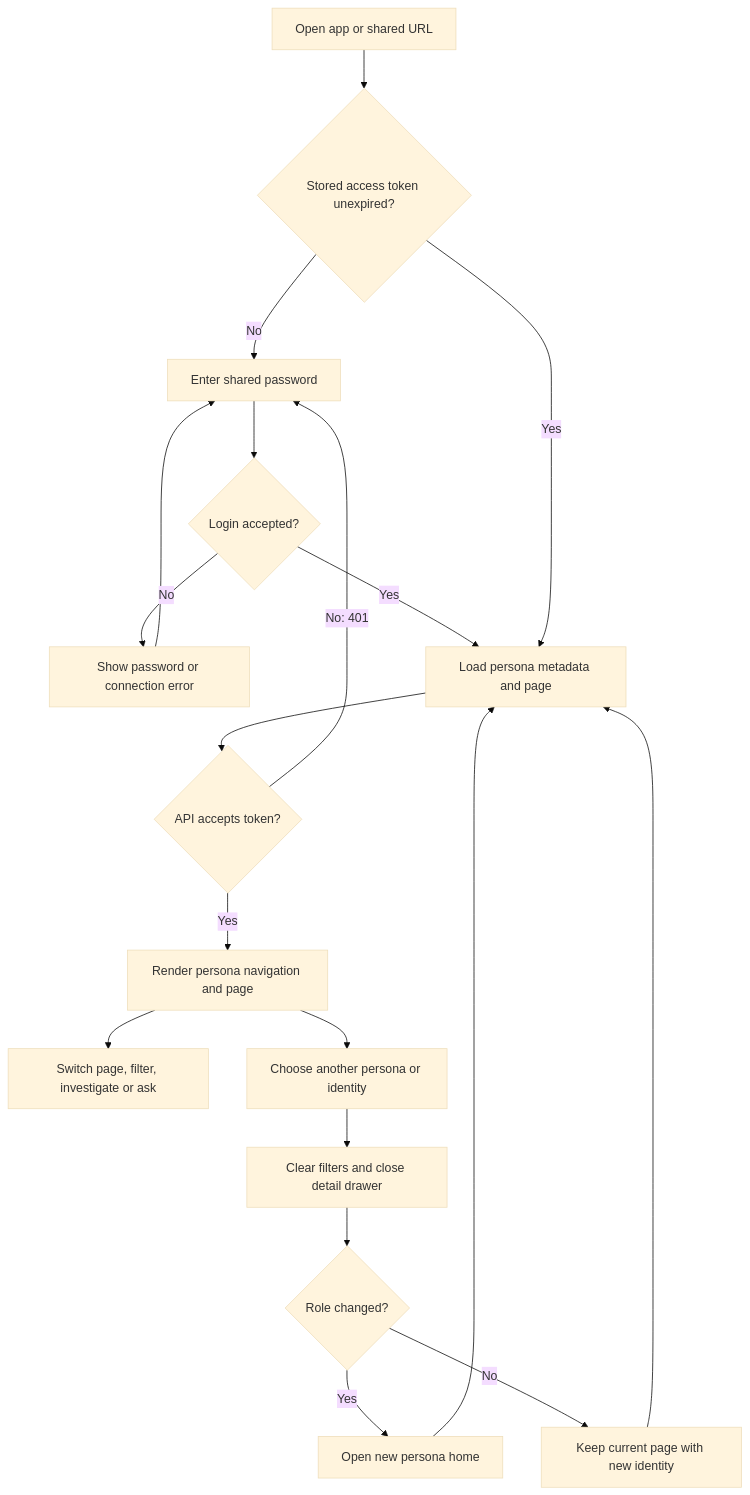
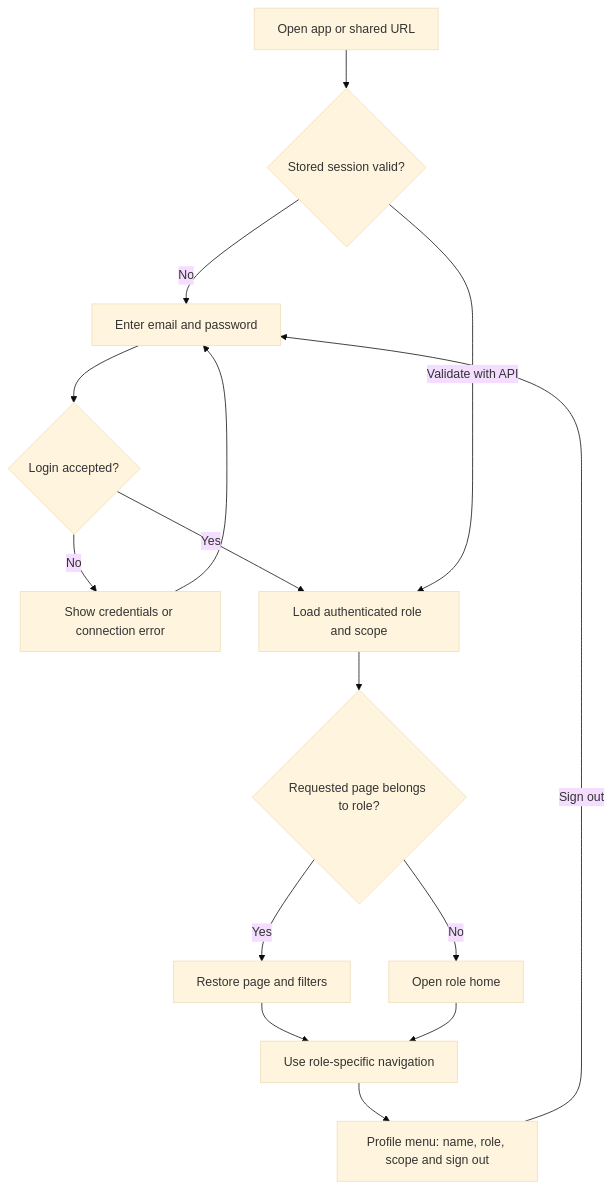
Before and after one commit to rp0023/ntt-command-centre: the second of 6 diagrams in Context/NTT_Command_Centre_Business_and_User_Flow.md, drawn with Mermaid (base theme). The commit also changed other lines of this file and 52 other files, not shown here.

````diff
--- a/Context/NTT_Command_Centre_Business_and_User_Flow.md
+++ b/Context/NTT_Command_Centre_Business_and_User_Flow.md
@@ -59,21 +61,17 @@
 ```mermaid
 flowchart TD
-    A[Open app or shared URL] --> B{Stored access token unexpired?}
-    B -- No --> C[Enter shared password]
+    A[Open app or shared URL] --> B{Stored session valid?}
+    B -- No --> C[Enter email and password]
     C --> D{Login accepted?}
-    D -- No --> E[Show password or connection error]
+    D -- No --> E[Show credentials or connection error]
     E --> C
-    D -- Yes --> F[Load persona metadata and page]
-    B -- Yes --> F
-    F --> G{API accepts token?}
-    G -- No: 401 --> C
-    G -- Yes --> H[Render persona navigation and page]
-    H --> I[Switch page, filter, investigate or ask]
-    H --> J[Choose another persona or identity]
-    J --> K[Clear filters and close detail drawer]
-    K --> L{Role changed?}
-    L -- Yes --> M[Open new persona home]
-    L -- No --> N[Keep current page with new identity]
-    M --> F
-    N --> F
+    D -- Yes --> F[Load authenticated role and scope]
+    B -- Validate with API --> F
+    F --> G{Requested page belongs to role?}
+    G -- Yes --> H[Restore page and filters]
+    G -- No --> I[Open role home]
+    H --> J[Use role-specific navigation]
+    I --> J
+    J --> K[Profile menu: name, role, scope and sign out]
+    K -- Sign out --> C
 ```
````
